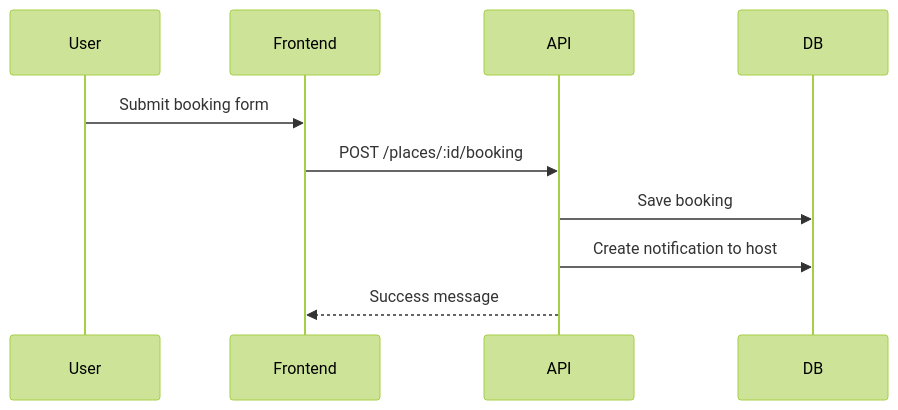
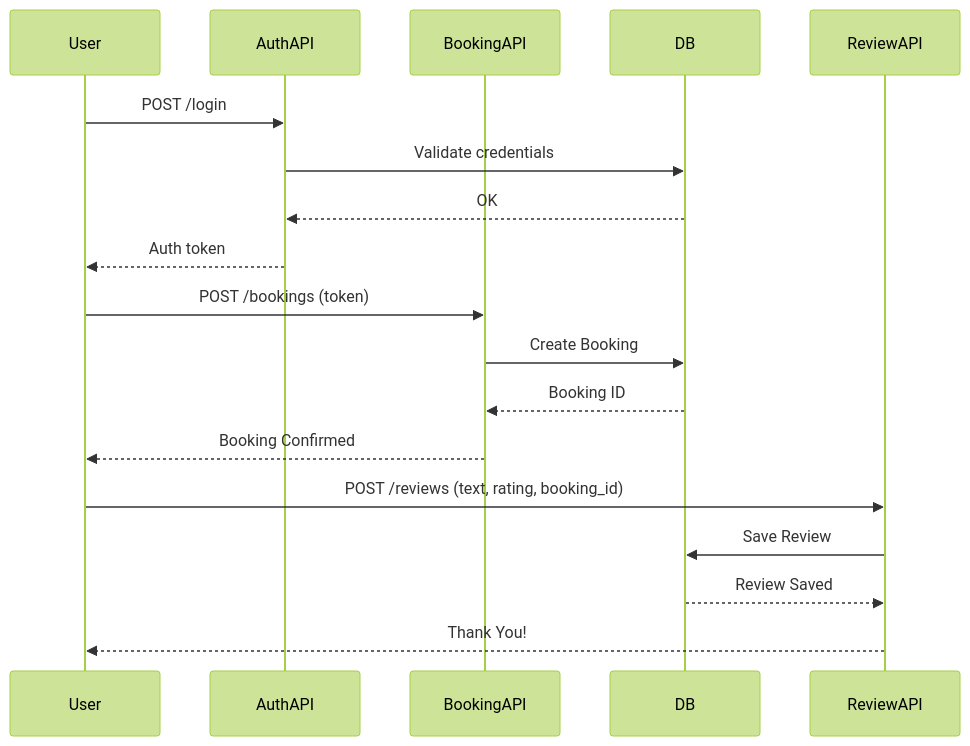
Before and after one commit to jerome244/holbertonschool-hbnb: the fourth of 4 diagrams in part4/README.md, drawn with Mermaid (forest theme). The commit also changed other lines of this file, not shown here.

Commit message:
feat: improve readme diagrams, fix screenshots link paths

````diff
--- a/part4/README.md
+++ b/part4/README.md
@@ -202,13 +338,23 @@
 ```mermaid
 sequenceDiagram
-    participant User
-    participant Frontend
-    participant API
-    participant DB
+  participant User
+  participant AuthAPI
+  participant BookingAPI
+  participant DB
+  participant ReviewAPI
 
-    User->>Frontend: Submit booking form
-    Frontend->>API: POST /places/:id/booking
-    API->>DB: Save booking
-    API->>DB: Create notification to host
-    API-->>Frontend: Success message
+  User->>AuthAPI: POST /login
+  AuthAPI->>DB: Validate credentials
+  DB-->>AuthAPI: OK
+  AuthAPI-->>User: Auth token
+
+  User->>BookingAPI: POST /bookings (token)
+  BookingAPI->>DB: Create Booking
+  DB-->>BookingAPI: Booking ID
+  BookingAPI-->>User: Booking Confirmed
+
+  User->>ReviewAPI: POST /reviews (text, rating, booking_id)
+  ReviewAPI->>DB: Save Review
+  DB-->>ReviewAPI: Review Saved
+  ReviewAPI-->>User: Thank You!
 ```
````
